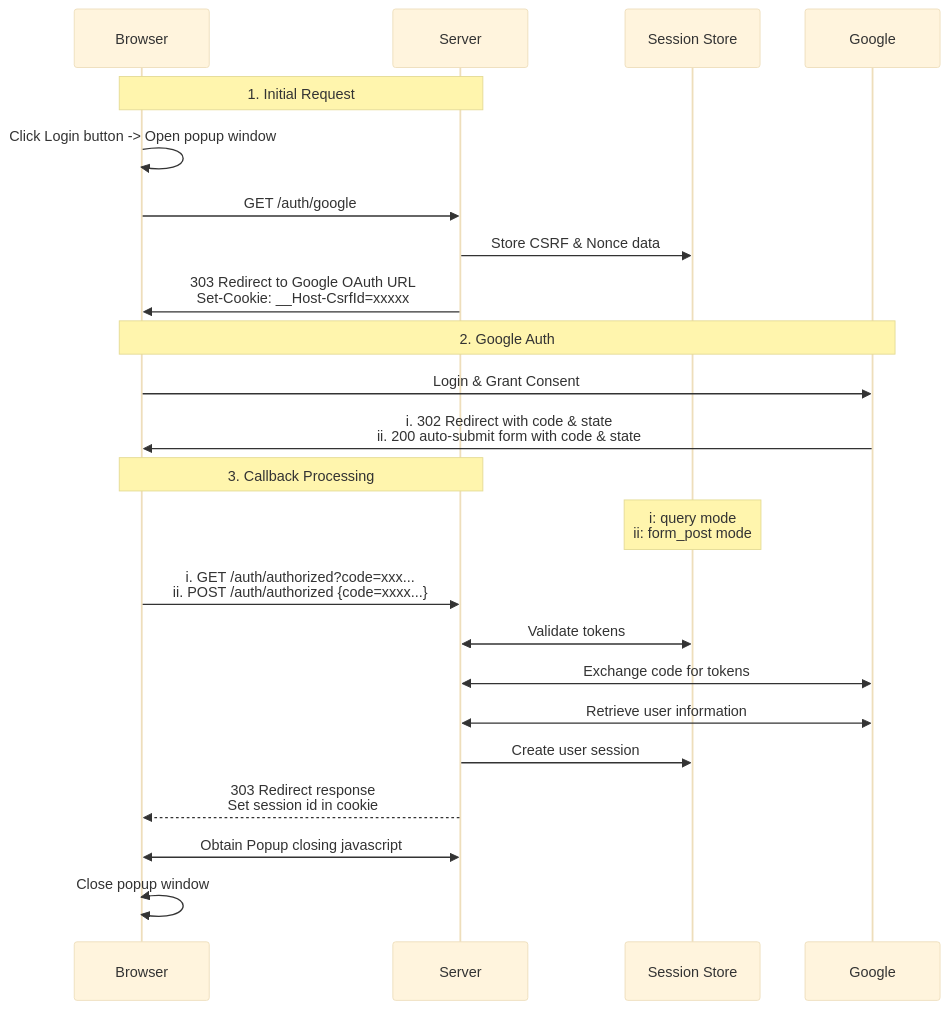
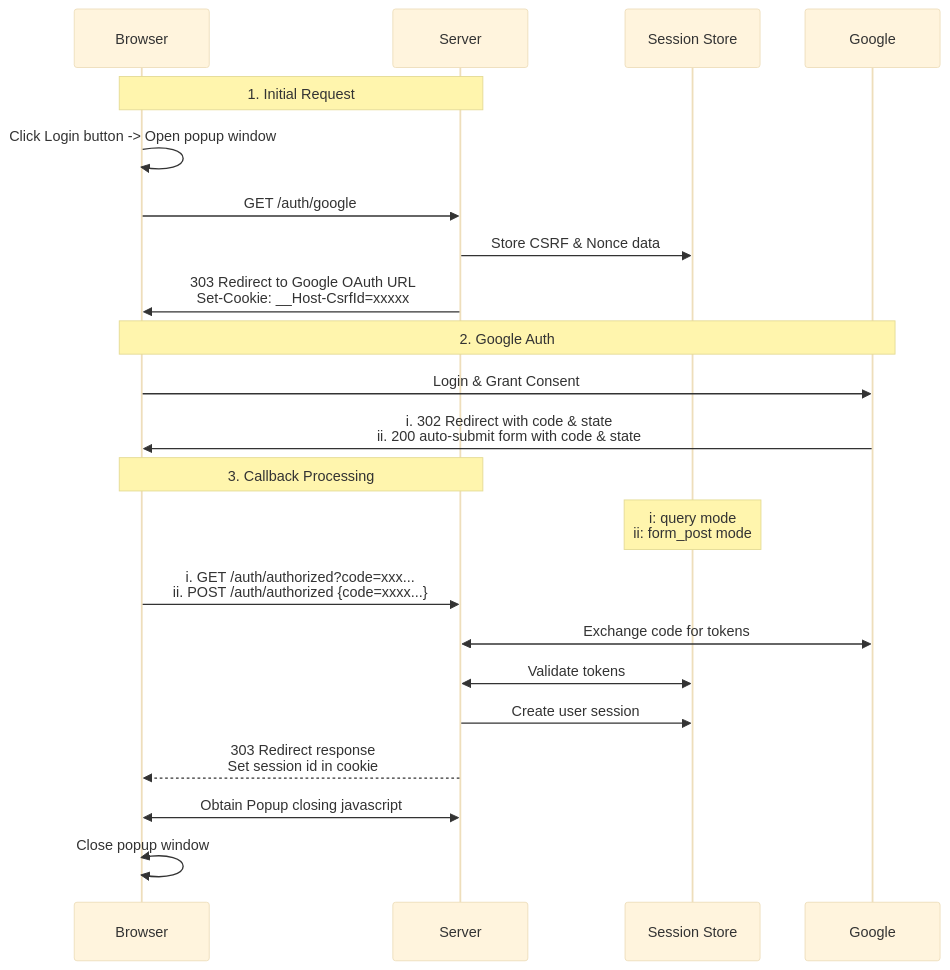
The second of 4 diagrams in 2024/Axum-Google-OAuth2-Login/Readme.en.md (ktaka-ccmp/ktaka.blog.ccmp.jp), drawn with Mermaid (base theme) before and after one commit. The commit also changed other lines of this file, not shown here.

````diff
--- a/2024/Axum-Google-OAuth2-Login/Readme.en.md
+++ b/2024/Axum-Google-OAuth2-Login/Readme.en.md
@@ -105,28 +104,27 @@
 ```mermaid
 sequenceDiagram
     participant Browser
     participant Server
     participant Session Store
     participant Google
 
     Note over Browser,Server: 1. Initial Request
     Browser->>Browser: Click Login button -> Open popup window
     Browser->>Server: GET /auth/google
     Server->>Session Store: Store CSRF & Nonce data
     Server->>Browser: 303 Redirect to Google OAuth URL<br/>Set-Cookie: __Host-CsrfId=xxxxx
 
     Note over Browser,Google: 2. Google Auth
     Browser->>Google: Login & Grant Consent
     Google->>Browser: i. 302 Redirect with code & state <br/> ii. 200 auto-submit form with code & state
 
     Note over Browser,Server: 3. Callback Processing
     Note over Session Store: i: query mode<br/>ii: form_post mode
     Browser->>Server: i. GET /auth/authorized?code=xxx...<br/>ii. POST /auth/authorized {code=xxxx...}
+    Server<<->>Google: Exchange code for tokens
     Server<<->>Session Store: Validate tokens
-    Server<<->>Google: Exchange code for tokens
-    Server<<->>Google: Retrieve user information
     Server->>Session Store: Create user session
     Server-->>Browser: 303 Redirect response<br/>Set session id in cookie
     Server<<->>Browser: Obtain Popup closing javascript
     Browser<<->>Browser: Close popup window
 ```
````
